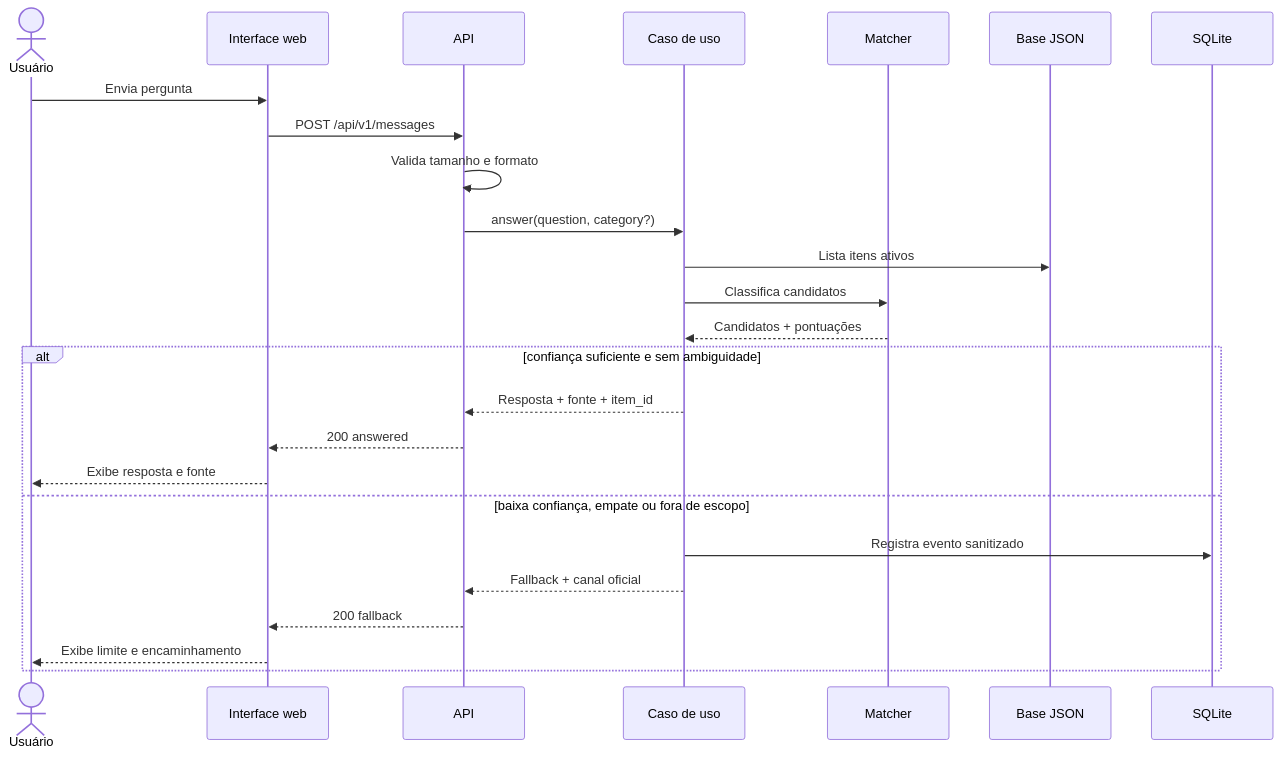
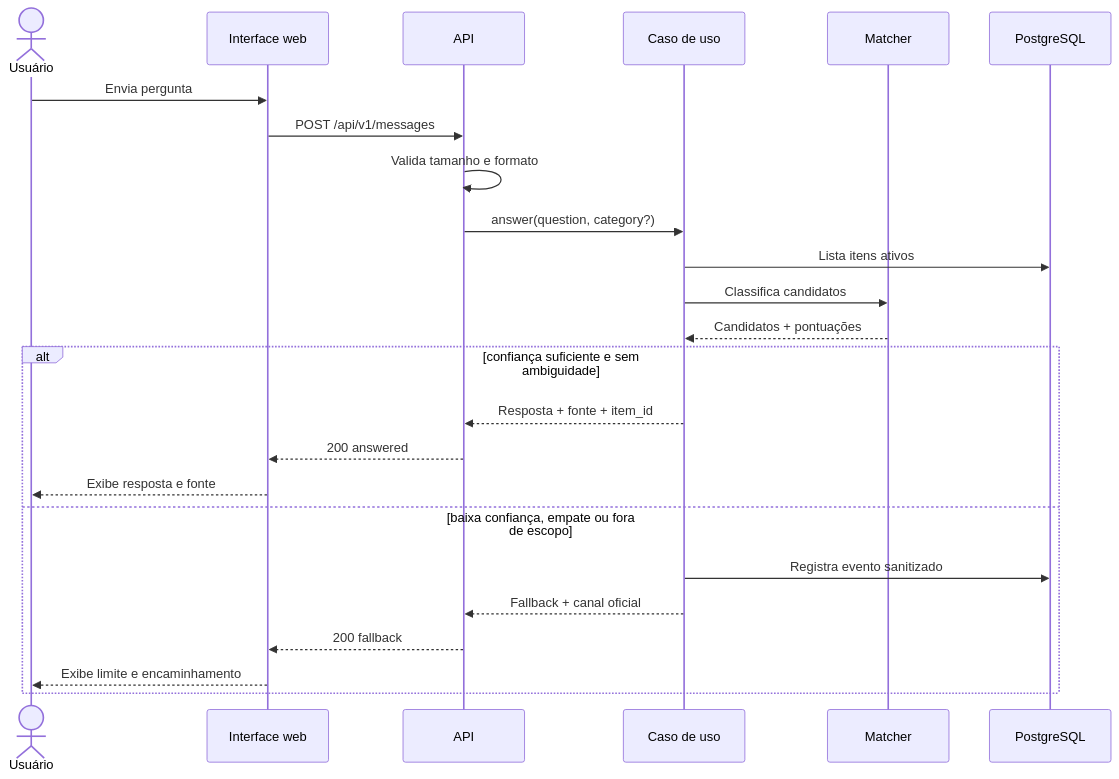
The fourth of 7 diagrams in docs/ARQUITETURA.md (walkermooore/chatbot-aginov), drawn with Mermaid before and after one commit. The commit also changed other lines of this file and 3 other files, not shown here.

Commit message:
docs: adota PostgreSQL na arquitetura

````diff
--- a/docs/ARQUITETURA.md
+++ b/docs/ARQUITETURA.md
@@ -141,28 +138,27 @@
 ```mermaid
 sequenceDiagram
     actor U as Usuário
     participant W as Interface web
     participant A as API
     participant C as Caso de uso
     participant M as Matcher
-    participant K as Base JSON
-    participant D as SQLite
+    participant D as PostgreSQL
 
     U->>W: Envia pergunta
     W->>A: POST /api/v1/messages
     A->>A: Valida tamanho e formato
     A->>C: answer(question, category?)
-    C->>K: Lista itens ativos
+    C->>D: Lista itens ativos
     C->>M: Classifica candidatos
     M-->>C: Candidatos + pontuações
     alt confiança suficiente e sem ambiguidade
         C-->>A: Resposta + fonte + item_id
         A-->>W: 200 answered
         W-->>U: Exibe resposta e fonte
     else baixa confiança, empate ou fora de escopo
         C->>D: Registra evento sanitizado
         C-->>A: Fallback + canal oficial
         A-->>W: 200 fallback
         W-->>U: Exibe limite e encaminhamento
     end
 ```
````
